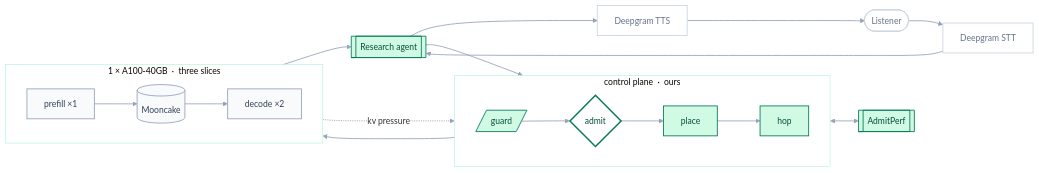
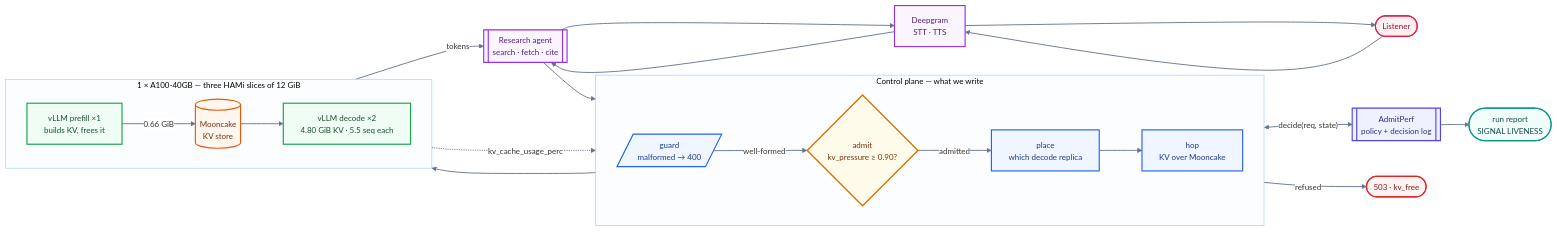
Before and after one commit to harshuljain13/Dodona: the second of 2 diagrams in README.md, drawn with Mermaid. The commit also changed other lines of this file and 13 other files, not shown here.

First line of the commit message:
docs: make the hero diagram teach something, restore colour

````diff
--- a/README.md
+++ b/README.md
@@ -82,41 +146,59 @@
 ```mermaid
 %%{init: {'theme':'base','themeVariables':{
-  'fontFamily':'Helvetica, Arial, sans-serif','fontSize':'15px','lineColor':'#94a3b8',
-  'clusterBkg':'#ffffff','clusterBorder':'#a7f3d0','edgeLabelBackground':'#ffffff'}}}%%
+  'fontFamily':'Helvetica, Arial, sans-serif','fontSize':'14px',
+  'lineColor':'#64748b','clusterBkg':'#fbfdff','clusterBorder':'#93c5fd',
+  'edgeLabelBackground':'#ffffff'}}}%%
 flowchart LR
     L(["Listener"])
-    STT["Deepgram STT"]
-    AG[["Research agent"]]
-    TTS["Deepgram TTS"]
-    AP[["AdmitPerf"]]
+    DG["Deepgram<br/>STT · TTS"]
+    AG[["Research agent<br/>search · fetch · cite"]]
 
-    subgraph CP["control plane &nbsp;·&nbsp; ours"]
+    subgraph CP["Control plane — what we write"]
         direction LR
-        GD[/"guard"/] --> AD{"admit"} --> PL["place"] --> HP["hop"]
+        GD[/"guard<br/>malformed → 400"/]
+        AD{"admit<br/>kv_pressure ≥ 0.90?"}
+        PL["place<br/>which decode replica"]
+        HP["hop<br/>KV over Mooncake"]
+        GD -->|"well-formed"| AD -->|"admitted"| PL --> HP
     end
 
-    subgraph GPU["1 × A100-40GB &nbsp;·&nbsp; three slices"]
+    AP[["AdmitPerf<br/>policy + decision log"]]
+    RF(["503 · kv_free"])
+    RP(["run report<br/>SIGNAL LIVENESS"])
+
+    subgraph GPU["1 × A100-40GB — three HAMi slices of 12 GiB"]
         direction LR
-        PF["prefill ×1"] --> MC[("Mooncake")] --> DC["decode ×2"]
+        PF["vLLM prefill ×1<br/>builds KV, frees it"]
+        MC[("Mooncake<br/>KV store")]
+        DC["vLLM decode ×2<br/>4.80 GiB KV · 5.5 seq each"]
+        PF -->|"0.66 GiB"| MC --> DC
     end
 
-    L --> STT --> AG --> GD
+    L --> DG --> AG --> GD
     HP --> PF
-    DC --> AG --> TTS --> L
-    AD <--> AP
-    DC -. "kv&nbsp;pressure" .-> AD
+    DC -->|"tokens"| AG --> DG --> L
+    AD -->|"refused"| RF
+    AD <-->|"decide(req, state)"| AP --> RP
+    DC -. "kv_cache_usage_perc" .-> AD
 
-    class L,STT,TTS edge
-    class AG,AP ours
+    class L actor
+    class DG,AG ext
     class GD,PL,HP ours
     class AD gate
     class PF,DC engine
     class MC store
+    class AP highlight
+    class RF dead
+    class RP out
 
-    classDef ours   fill:#d1fae5,stroke:#047857,stroke-width:1.5px,color:#064e3b
-    classDef gate   fill:#ffffff,stroke:#047857,stroke-width:2.5px,color:#064e3b
-    classDef engine fill:#f8fafc,stroke:#94a3b8,stroke-width:1.5px,color:#334155
-    classDef store  fill:#f8fafc,stroke:#94a3b8,stroke-width:1.5px,color:#334155
-    classDef edge   fill:#ffffff,stroke:#cbd5e1,stroke-width:1.5px,color:#64748b
-    linkStyle default stroke:#94a3b8,stroke-width:1.5px
+    classDef actor  fill:#fff1f2,stroke:#e11d48,stroke-width:2px,color:#881337
+    classDef ext    fill:#faf5ff,stroke:#9333ea,stroke-width:2px,color:#581c87
+    classDef ours   fill:#eff6ff,stroke:#2563eb,stroke-width:2px,color:#1e3a8a
+    classDef gate   fill:#fffbeb,stroke:#d97706,stroke-width:2.5px,color:#78350f
+    classDef engine fill:#f0fdf4,stroke:#16a34a,stroke-width:2px,color:#14532d
+    classDef store  fill:#fff7ed,stroke:#ea580c,stroke-width:2px,color:#7c2d12
+    classDef highlight fill:#eef2ff,stroke:#4f46e5,stroke-width:2px,color:#312e81
+    classDef dead   fill:#fef2f2,stroke:#dc2626,stroke-width:2px,color:#7f1d1d
+    classDef out    fill:#f0fdfa,stroke:#0d9488,stroke-width:2px,color:#134e4a
+    linkStyle default stroke:#64748b,stroke-width:1.6px
 ```
````
